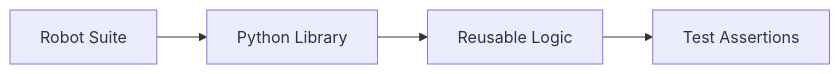
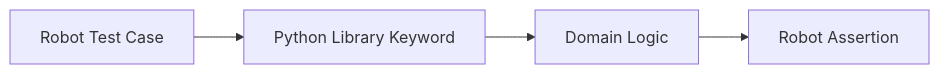
One commit to arvind3/RobotFrameworkBookWithIDE changed the diagram in docs/06-python-integration.mdx. Above: the diagram before and after it, drawn with Mermaid. The commit also changed other lines of this file and 18 other files, not shown here.

````diff
--- a/docs/06-python-integration.mdx
+++ b/docs/06-python-integration.mdx
@@ -13,6 +28,6 @@
 ```mermaid
 flowchart LR
-  A[Robot Suite] --> B[Python Library]
-  B --> C[Reusable Logic]
-  C --> D[Test Assertions]
+  A[Robot Test Case] --> B[Python Library Keyword]
+  B --> C[Domain Logic]
+  C --> D[Robot Assertion]
 ```
````
